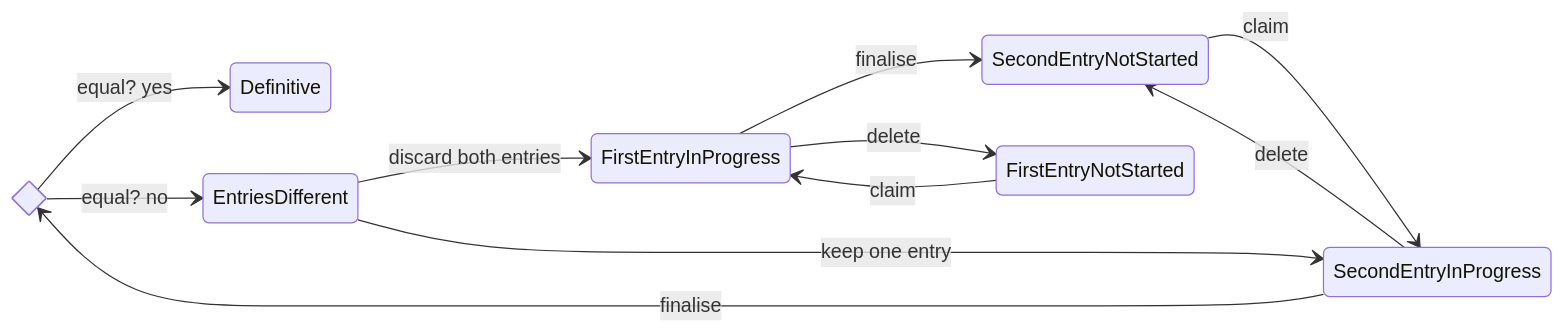
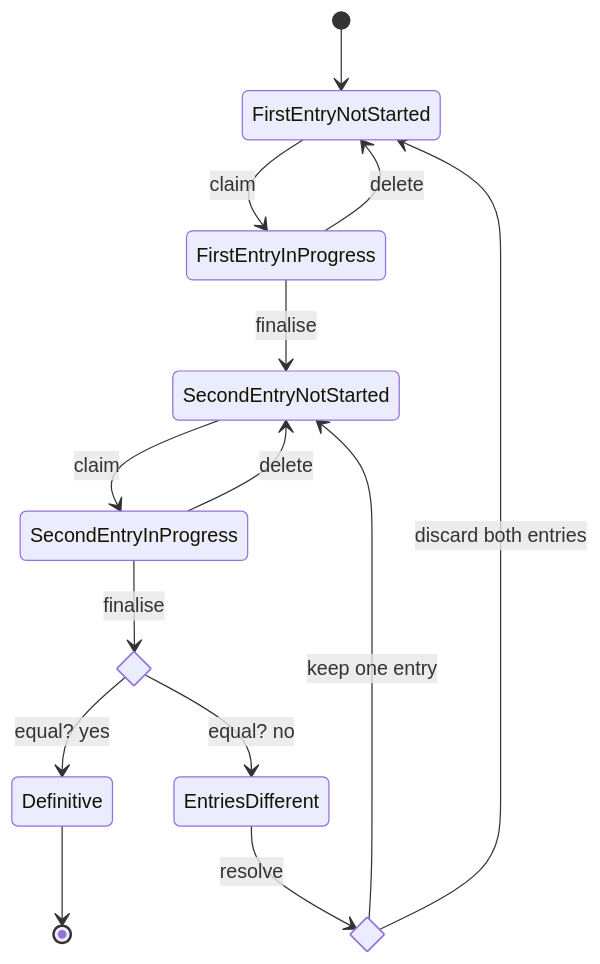
The diagram in documentatie/flowcharts/data-entry-state.md (kiesraad/abacus), drawn with Mermaid before and after one commit.

Commit message:
Update data entry state diagram

````diff
--- a/documentatie/flowcharts/data-entry-state.md
+++ b/documentatie/flowcharts/data-entry-state.md
@@ -7,17 +7,20 @@
 ```mermaid
-stateDiagram
-  direction LR
+stateDiagram-v2
+  [*] --> FirstEntryNotStarted
+  FirstEntryNotStarted --> FirstEntryInProgress: claim
+  #FirstEntryInProgress --> FirstEntryInProgress: save
+  FirstEntryInProgress --> SecondEntryNotStarted: finalise
+  FirstEntryInProgress --> FirstEntryNotStarted: delete
+  SecondEntryNotStarted --> SecondEntryInProgress: claim
+  #SecondEntryInProgress --> SecondEntryInProgress: save
   state is_equal <<choice>>
-  FirstEntryNotStarted --> FirstEntryInProgress:claim
-  #FirstEntryInProgress --> FirstEntryInProgress:save
-  FirstEntryInProgress --> SecondEntryNotStarted:finalise
-  FirstEntryInProgress --> FirstEntryNotStarted:delete
-  SecondEntryNotStarted --> SecondEntryInProgress:claim
-  is_equal --> Definitive:equal? yes
-  is_equal --> EntriesDifferent:equal? no
-  #SecondEntryInProgress --> SecondEntryInProgress:save
-  SecondEntryInProgress --> is_equal:finalise
-  SecondEntryInProgress --> SecondEntryNotStarted:delete
-  EntriesDifferent --> FirstEntryInProgress: discard both entries
-  EntriesDifferent --> SecondEntryInProgress:keep one entry
+  SecondEntryInProgress --> is_equal: finalise
+  SecondEntryInProgress --> SecondEntryNotStarted: delete
+  state resolve <<choice>>
+  EntriesDifferent --> resolve: resolve
+  resolve --> SecondEntryNotStarted: keep one entry
+  resolve --> FirstEntryNotStarted: discard both entries
+  is_equal --> Definitive: equal? yes
+  is_equal --> EntriesDifferent: equal? no
+  Definitive --> [*]
 ```
````
